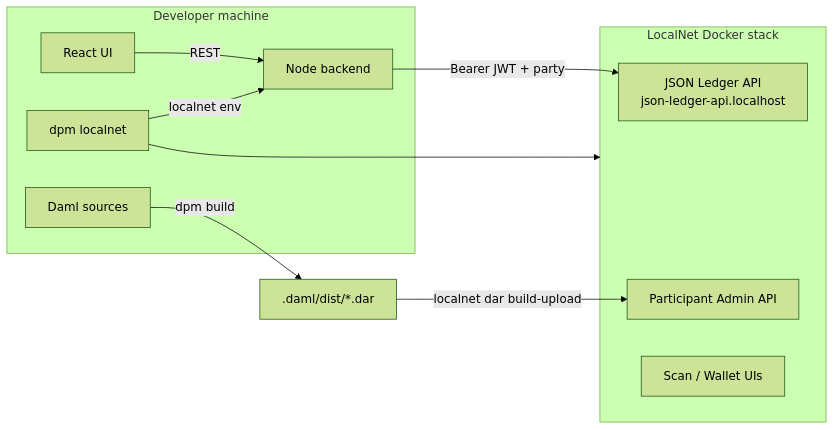
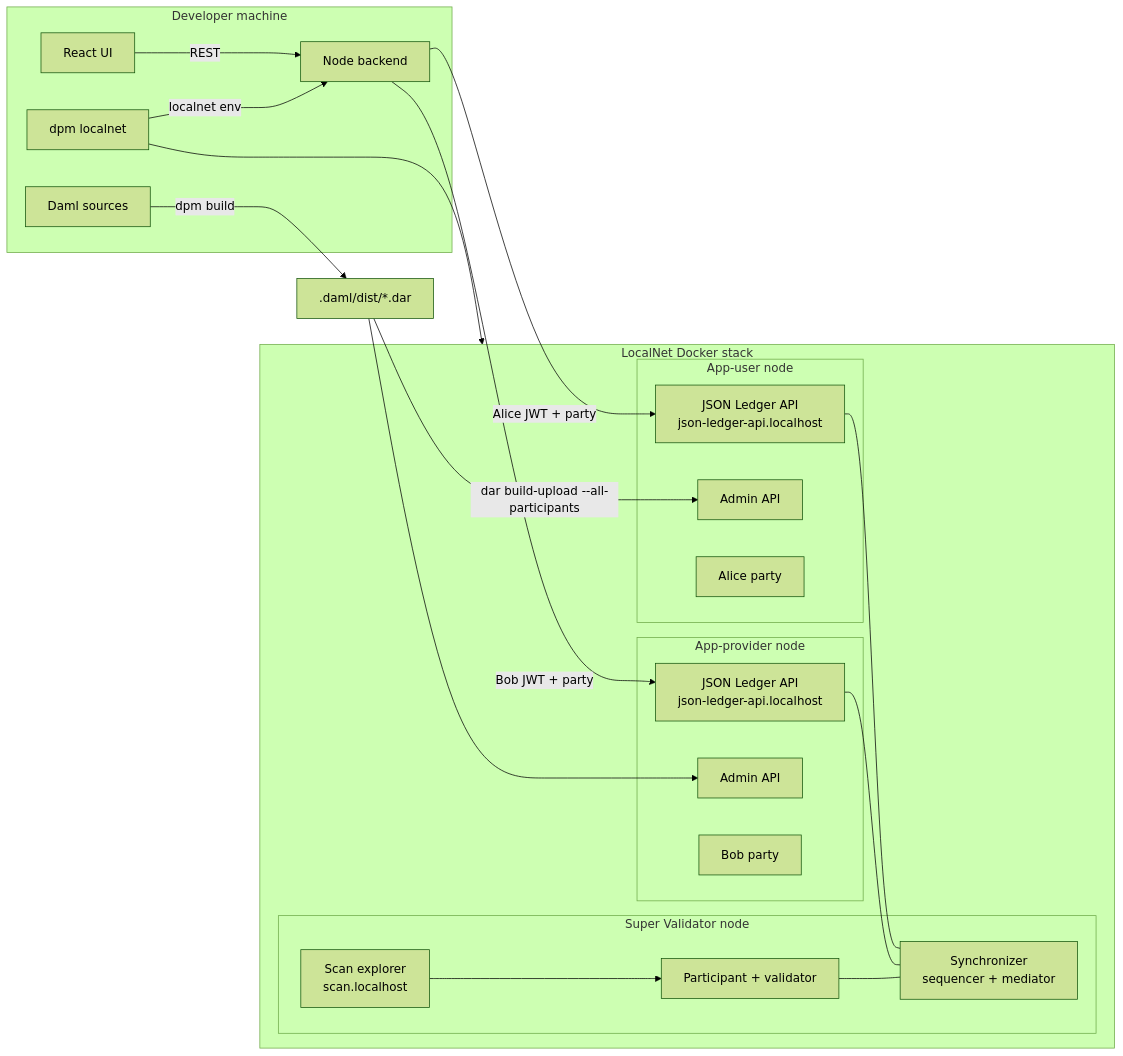
Before and after one commit to bitdynamics-ab/canton-devkit-demo-project: the diagram in docs/plans/plan-1-iou-daml-demo.md, drawn with Mermaid (forest theme). The commit also changed other lines of this file, not shown here.

Commit message:
docs: show all three LocalNet nodes in Plan 1 architecture diagram
Expand the diagram to include app-user, app-provider, and super validator
nodes with their roles in the cross-participant IOU workflow.

````diff
--- a/docs/plans/plan-1-iou-daml-demo.md
+++ b/docs/plans/plan-1-iou-daml-demo.md
@@ -33,20 +33,44 @@
 ```mermaid
 flowchart LR
   subgraph dev [Developer machine]
     Daml[Daml sources]
     DevKit["dpm localnet"]
     Backend[Node backend]
     Frontend[React UI]
   end
+
   subgraph localnet [LocalNet Docker stack]
-    JSON["JSON Ledger API\njson-ledger-api.localhost"]
-    Admin[Participant Admin API]
-    Scan[Scan / Wallet UIs]
+    subgraph svNode [Super Validator node]
+      SVParticipant["Participant + validator"]
+      Sync["Synchronizer\nsequencer + mediator"]
+      ScanUI["Scan explorer\nscan.localhost"]
+    end
+
+    subgraph appUserNode [App-user node]
+      AppUserJSON["JSON Ledger API\njson-ledger-api.localhost"]
+      AppUserAdmin[Admin API]
+      Alice["Alice party"]
+    end
+
+    subgraph appProviderNode [App-provider node]
+      AppProviderJSON["JSON Ledger API\njson-ledger-api.localhost"]
+      AppProviderAdmin[Admin API]
+      Bob["Bob party"]
+    end
   end
+
   Daml -->|"dpm build"| DAR[.daml/dist/*.dar]
-  DAR -->|"localnet dar build-upload"| Admin
+  DAR -->|"dar build-upload --all-participants"| AppUserAdmin
+  DAR --> AppProviderAdmin
+
   DevKit --> localnet
   Frontend -->|REST| Backend
-  Backend -->|"Bearer JWT + party"| JSON
+  Backend -->|"Alice JWT + party"| AppUserJSON
+  Backend -->|"Bob JWT + party"| AppProviderJSON
   DevKit -->|"localnet env"| Backend
+
+  AppUserJSON --- Sync
+  AppProviderJSON --- Sync
+  SVParticipant --- Sync
+  ScanUI --> SVParticipant
 ```
````
